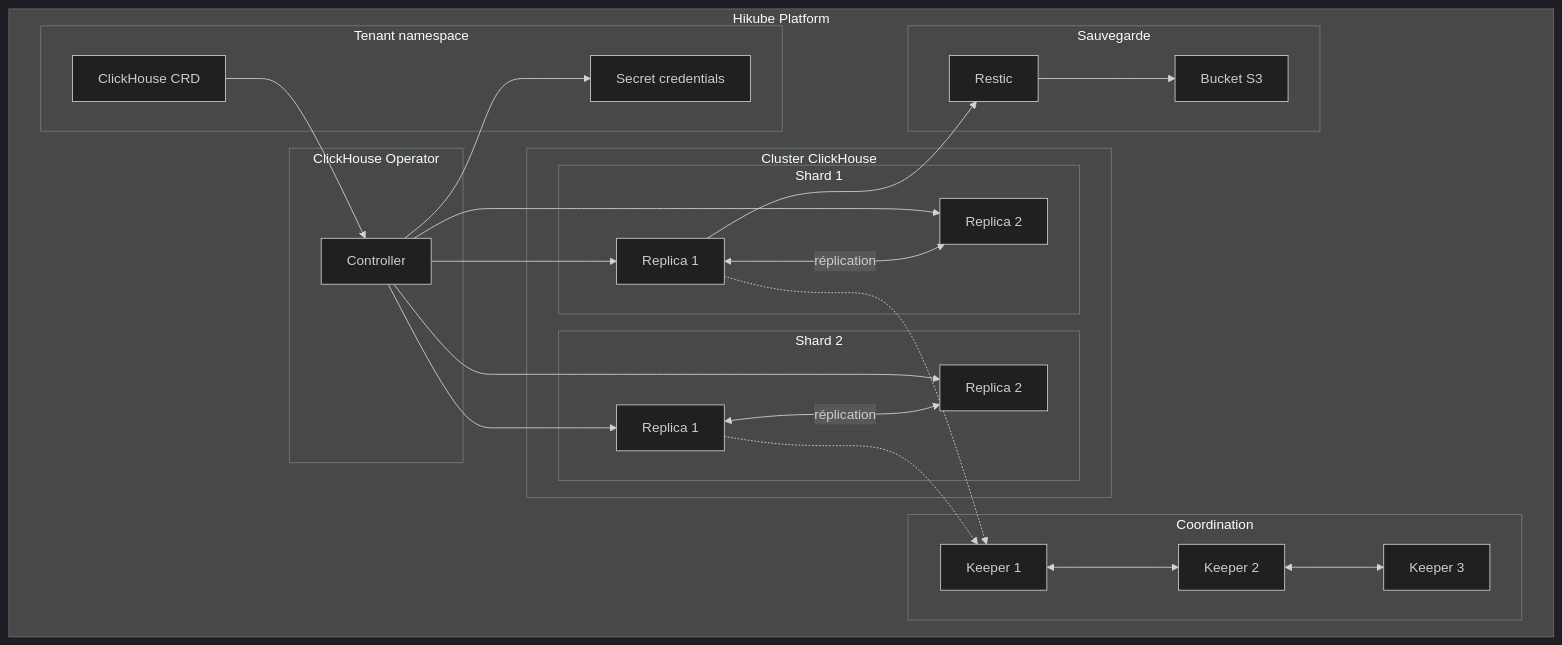
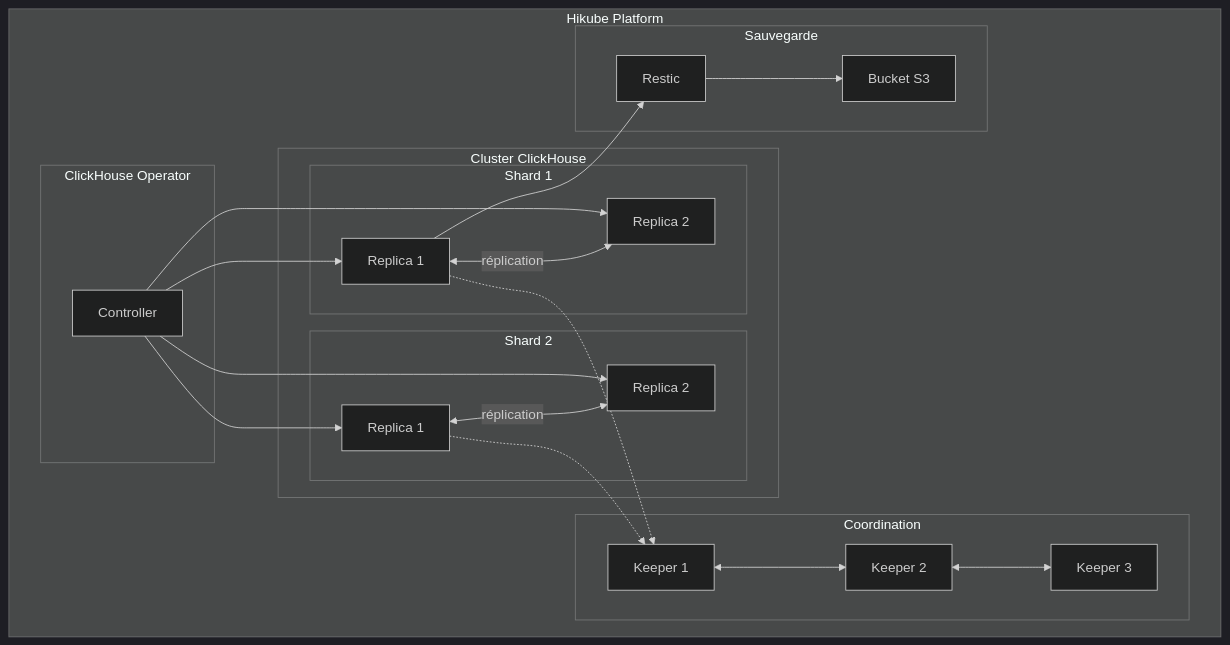
One commit to HidoraSwiss/hikube-public-doc changed the first of 2 diagrams in docs/services/databases/clickhouse/concepts.md. Above: the diagram before and after it, drawn with Mermaid (dark theme). The commit also changed other lines of this file and 59 other files, not shown here.

````diff
--- a/docs/services/databases/clickhouse/concepts.md
+++ b/docs/services/databases/clickhouse/concepts.md
@@ -12,50 +17,43 @@
 ```mermaid
 graph TB
     subgraph "Hikube Platform"
-        subgraph "Tenant namespace"
-            CR[ClickHouse CRD]
-            SEC[Secret credentials]
-        end
-
         subgraph "ClickHouse Operator"
             OP[Controller]
         end
 
         subgraph "Cluster ClickHouse"
             subgraph "Shard 1"
                 S1R1[Replica 1]
                 S1R2[Replica 2]
             end
             subgraph "Shard 2"
                 S2R1[Replica 1]
                 S2R2[Replica 2]
             end
         end
 
         subgraph "Coordination"
             K1[Keeper 1]
             K2[Keeper 2]
             K3[Keeper 3]
         end
 
         subgraph "Sauvegarde"
             S3[Bucket S3]
             RES[Restic]
         end
     end
 
-    CR --> OP
     OP --> S1R1
     OP --> S1R2
     OP --> S2R1
     OP --> S2R2
     S1R1 <-->|réplication| S1R2
     S2R1 <-->|réplication| S2R2
     K1 <--> K2
     K2 <--> K3
     S1R1 -.-> K1
     S2R1 -.-> K1
-    OP --> SEC
     S1R1 --> RES
     RES --> S3
 ```
````
